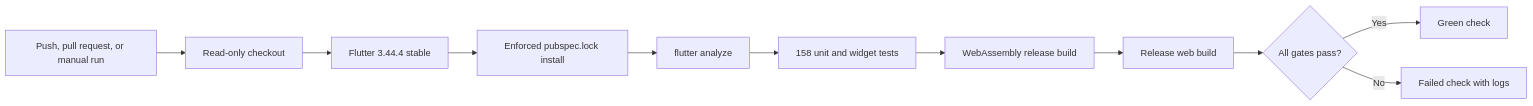
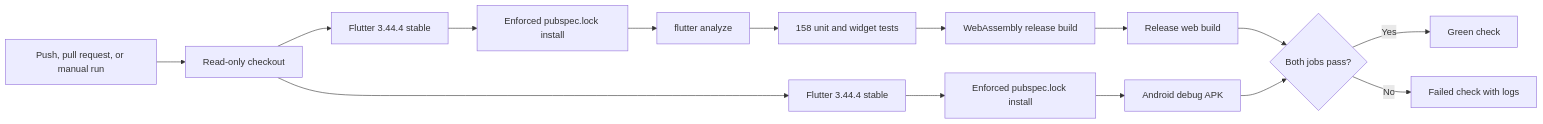
The diagram in docs/flutter-ci.md (Omatsulijoshua/CADPILOT-AI), drawn with Mermaid before and after one commit. The commit also changed other lines of this file and 2 other files, not shown here.

Commit message:
Build Android debug APK in CI

````diff
--- a/docs/flutter-ci.md
+++ b/docs/flutter-ci.md
@@ -13,13 +13,17 @@
 ```mermaid
 flowchart LR
     Event["Push, pull request, or manual run"] --> Checkout["Read-only checkout"]
-    Checkout --> SDK["Flutter 3.44.4 stable"]
-    SDK --> Lock["Enforced pubspec.lock install"]
+    Checkout --> WebSdk["Flutter 3.44.4 stable"]
+    Checkout --> AndroidSdk["Flutter 3.44.4 stable"]
+    WebSdk --> Lock["Enforced pubspec.lock install"]
     Lock --> Analyze["flutter analyze"]
     Analyze --> Tests["158 unit and widget tests"]
     Tests --> Wasm["WebAssembly release build"]
     Wasm --> Web["Release web build"]
-    Web --> Result{"All gates pass?"}
+    AndroidSdk --> AndroidLock["Enforced pubspec.lock install"]
+    AndroidLock --> Apk["Android debug APK"]
+    Web --> Result{"Both jobs pass?"}
+    Apk --> Result
     Result -- "Yes" --> Green["Green check"]
     Result -- "No" --> Logs["Failed check with logs"]
 ```
````
